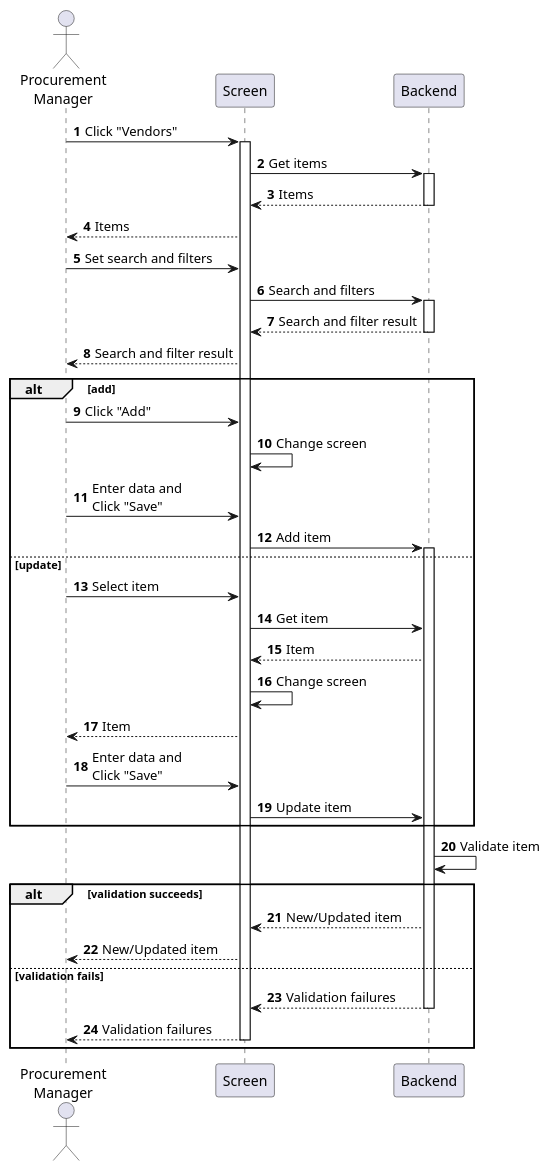
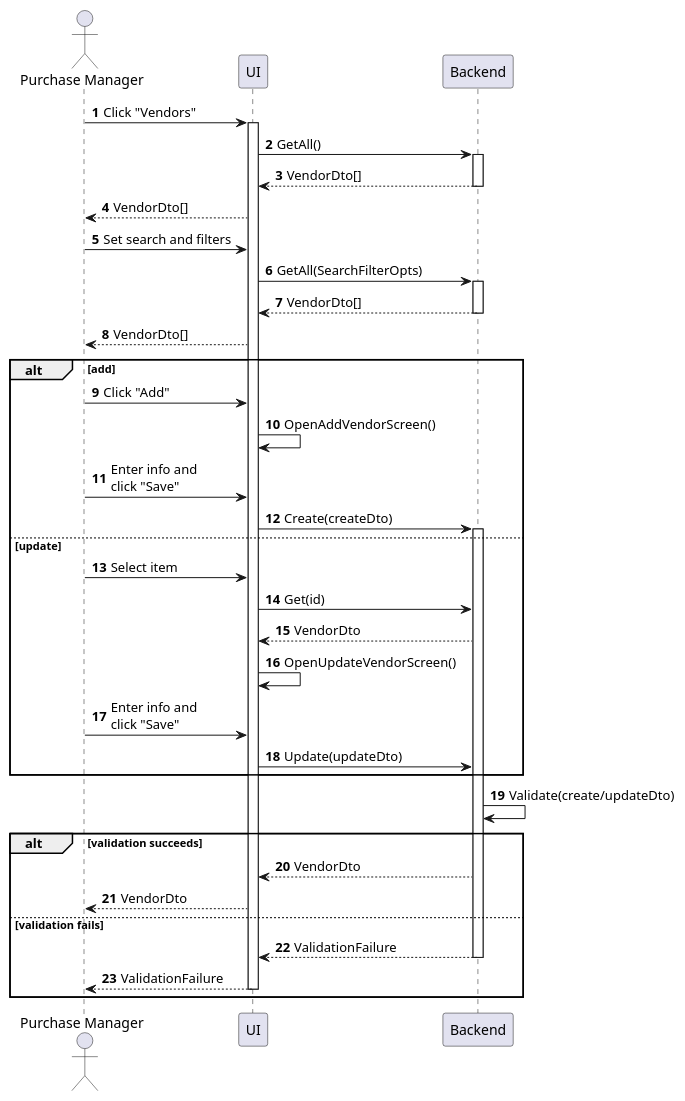
Before and after one commit to phihungha/scmss-reqs: the diagram in sequences/vendor-manage.plantuml, drawn with PlantUML. The commit also changed 33 other files, not shown here.

Commit message:
Improve sequence diagrams of purchase and manage use cases

```diff
--- a/sequences/vendor-manage.plantuml
+++ b/sequences/vendor-manage.plantuml
@@ -1,45 +1,44 @@
 @startuml vendor-manage
 autonumber
 
-actor "Procurement\nManager" as a
-participant Screen as f
+actor "Purchase Manager" as a
+participant UI as f
 participant Backend as b
 
 a -> f : Click "Vendors"
 activate f
-f -> b : Get items
+f -> b : GetAll()
 activate b
-return Items
-f --> a : Items
+return VendorDto[]
+f --> a : VendorDto[]
 a -> f : Set search and filters
-f -> b : Search and filters
+f -> b : GetAll(SearchFilterOpts)
 activate b
-return Search and filter result
-f --> a : Search and filter result
+return VendorDto[]
+f --> a : VendorDto[]
 
 alt add
     a -> f : Click "Add"
-    f -> f : Change screen
-    a -> f : Enter data and\nClick "Save"
-    f -> b : Add item
+    f -> f : OpenAddVendorScreen()
+    a -> f : Enter info and\nclick "Save"
+    f -> b : Create(createDto)
     activate b
 else update
     a -> f : Select item
-    f -> b : Get item
-    b --> f : Item
-    f -> f : Change screen
-    f --> a : Item
-    a -> f : Enter data and\nClick "Save"
-    f -> b : Update item
+    f -> b : Get(id)
+    b --> f : VendorDto
+    f -> f : OpenUpdateVendorScreen()
+    a -> f : Enter info and\nclick "Save"
+    f -> b : Update(updateDto)
 end
 
-b -> b : Validate item
+b -> b : Validate(create/updateDto)
 
 alt validation succeeds
-    b --> f : New/Updated item
-    f --> a : New/Updated item
+    b --> f : VendorDto
+    f --> a : VendorDto
 else validation fails
-    return Validation failures
-    return Validation failures
+    return ValidationFailure
+    return ValidationFailure
 end
 @enduml
```
